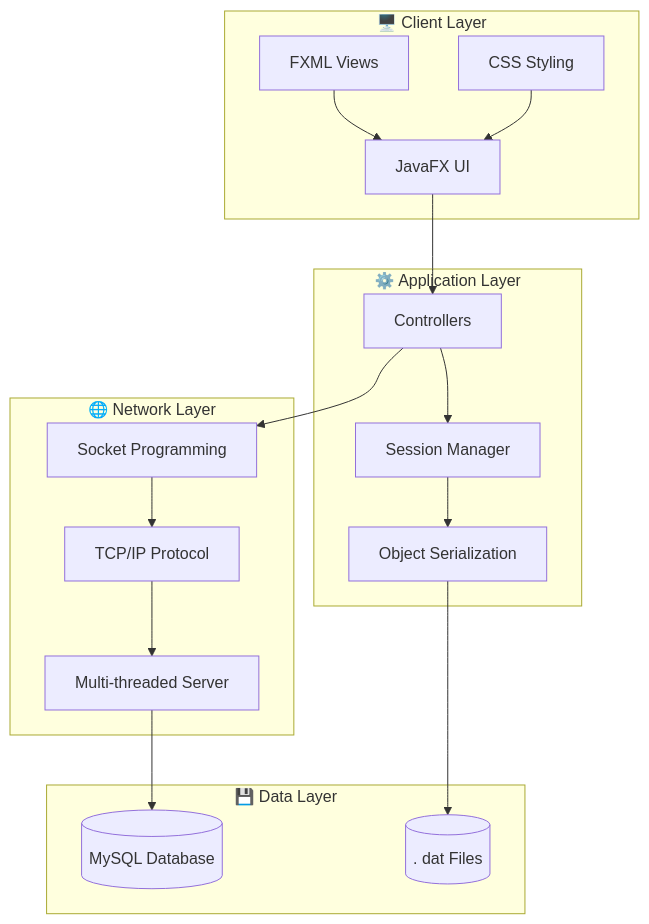
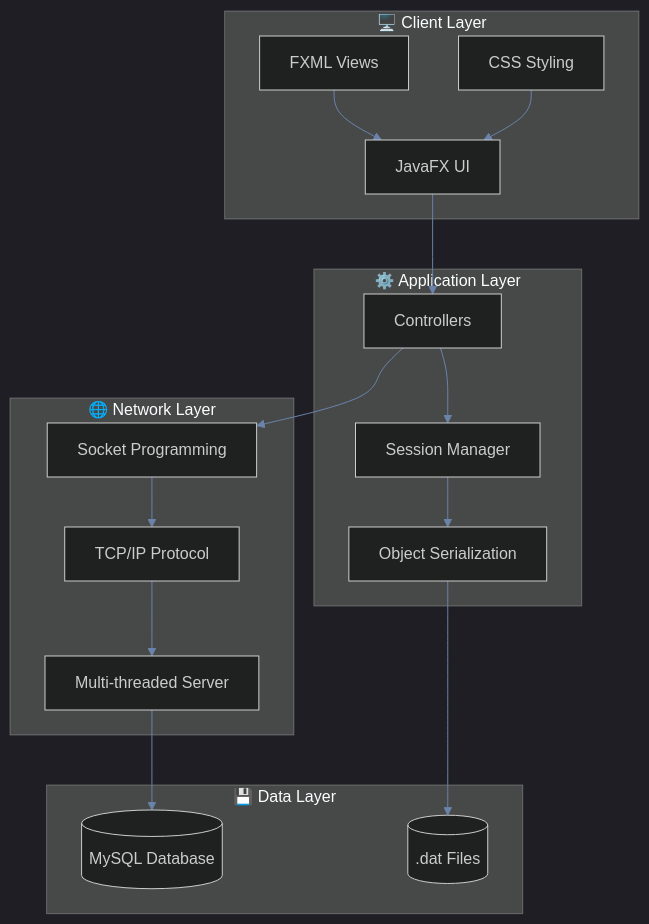
One commit to Ir-Rafi/PlanIt changed the first of 5 diagrams in README.md. Above: the diagram before and after it, drawn with Mermaid. The commit also changed other lines of this file, not shown here.

````diff
--- a/README.md
+++ b/README.md
@@ -103,36 +96,37 @@
 ```mermaid
+%%{init: {'theme': 'dark', 'themeVariables': { 'primaryColor': '#383a42', 'primaryTextColor': '#abb2bf', 'lineColor': '#6b83aA', 'secondaryColor': '#282c34', 'tertiaryColor': '#21252b'}}}%%
 flowchart TB
     subgraph Client["🖥️ Client Layer"]
         UI[JavaFX UI]
         FXML[FXML Views]
         CSS[CSS Styling]
     end
     
     subgraph Application["⚙️ Application Layer"]
         Controllers[Controllers]
         Session[Session Manager]
         Serialization[Object Serialization]
     end
     
     subgraph Network["🌐 Network Layer"]
         Socket[Socket Programming]
         TCP[TCP/IP Protocol]
         MultiThread[Multi-threaded Server]
     end
     
     subgraph Data["💾 Data Layer"]
         MySQL[(MySQL Database)]
-        DAT[(. dat Files)]
+        DAT[(.dat Files)]
     end
     
     UI --> Controllers
     FXML --> UI
     CSS --> UI
     Controllers --> Session
     Controllers --> Socket
     Session --> Serialization
     Socket --> TCP
     TCP --> MultiThread
     MultiThread --> MySQL
     Serialization --> DAT
 ```
````
